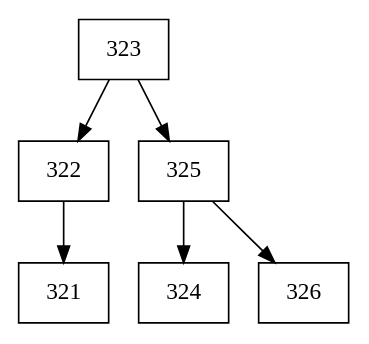
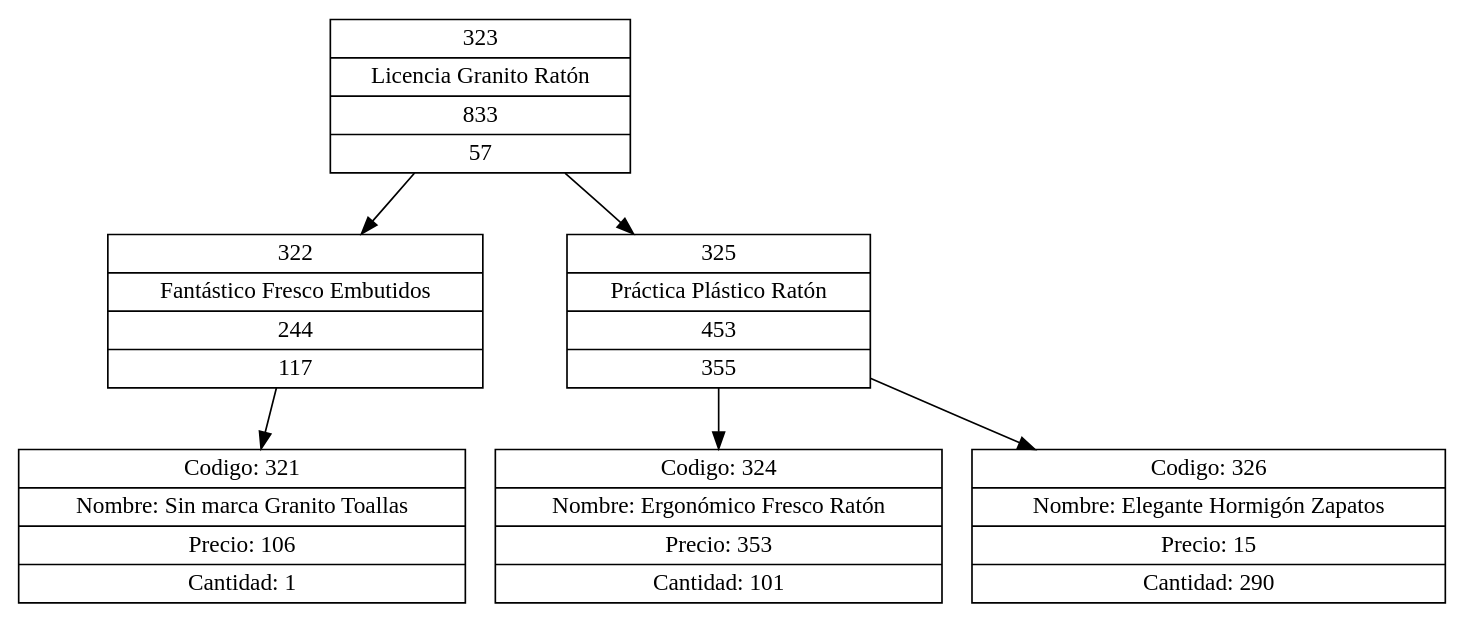
The diagram in Servidor/graficoArboles/Borrego Rocha e Hijos0.dot (Macario12/EDD_VirtualMall_201905837), drawn with Graphviz before and after one commit. The commit also changed 502 other files, not shown here.

```diff
--- a/Servidor/graficoArboles/Borrego Rocha e Hijos0.dot
+++ b/Servidor/graficoArboles/Borrego Rocha e Hijos0.dot
@@ -1,16 +1,16 @@
 digraph grafico{
 rankdir=UD 
 node[shape=box] 
 concentrate=true 
-nodo323[ shape=record, label ="323"];
-nodo322[ shape=record, label ="322"];
-nodo321[ shape=record, label ="321"];
+nodo323[ shape=record, label ="{323|Licencia Granito Ratón|833|57}"];
+nodo322[ shape=record, label ="{322|Fantástico Fresco Embutidos|244|117}"];
+nodo321[ shape=record, label ="{Codigo: 321|Nombre: Sin marca Granito Toallas|Precio: 106|Cantidad: 1}"];
 nodo322->nodo321
 nodo323->nodo322
-nodo325[ shape=record, label ="325"];
-nodo324[ shape=record, label ="324"];
+nodo325[ shape=record, label ="{325|Práctica Plástico Ratón|453|355}"];
+nodo324[ shape=record, label ="{Codigo: 324|Nombre: Ergonómico Fresco Ratón|Precio: 353|Cantidad: 101}"];
 nodo325->nodo324
-nodo326[ shape=record, label ="326"];
+nodo326[ shape=record, label ="{Codigo: 326|Nombre: Elegante Hormigón Zapatos|Precio: 15|Cantidad: 290}"];
 nodo325->nodo326
 nodo323->nodo325
 }
```
